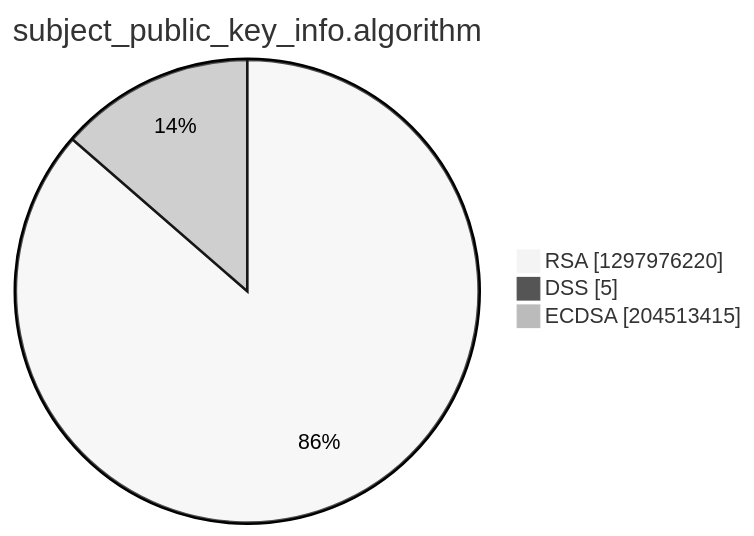
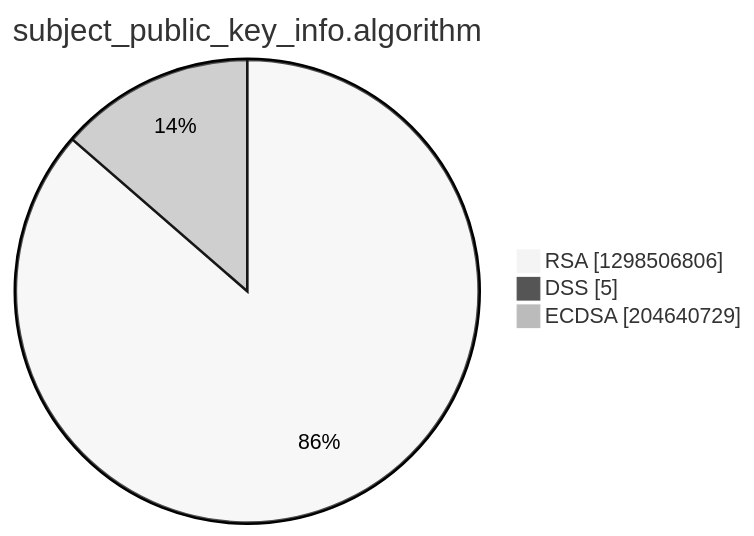
Before and after one commit to christiankrug/ctmonitor_visualization: the third of 15 diagrams in argon2022/README.md, drawn with Mermaid (neutral theme). The commit also changed other lines of this file, not shown here.

````diff
--- a/argon2022/README.md
+++ b/argon2022/README.md
@@ -14,7 +14,7 @@
 ```mermaid
 pie showData
 title subject_public_key_info.algorithm
-"RSA" :1297976220
+"RSA" :1298506806
 "DSS" :5
-"ECDSA" :204513415
+"ECDSA" :204640729
 ```
````
